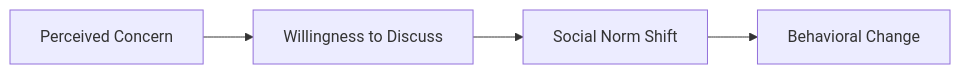
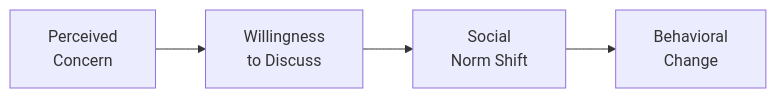
One commit to GM024/CourseSummaries changed the third of 7 diagrams in Communication_Influence/Mastery_Guide_SOW_BS033.md. Above: the diagram before and after it, drawn with Mermaid. The commit also changed other lines of this file, not shown here.

Commit message:
Implement Forced Padding (&nbsp;) in all Mermaid diagrams to prevent overflow

````diff
--- a/Communication_Influence/Mastery_Guide_SOW_BS033.md
+++ b/Communication_Influence/Mastery_Guide_SOW_BS033.md
@@ -90,6 +90,6 @@
 ```mermaid
 graph LR
-    Perception[Perceived Concern] --> Talk[Willingness to Discuss]
-    Talk --> Norm[Social Norm Shift]
-    Norm --> Behavior[Behavioral Change]
+    Perception["&nbsp; Perceived &nbsp;<br/>&nbsp; Concern &nbsp;"] --> Talk["&nbsp; Willingness &nbsp;<br/>&nbsp; to Discuss &nbsp;"]
+    Talk --> Norm["&nbsp; Social &nbsp;<br/>&nbsp; Norm Shift &nbsp;"]
+    Norm --> Behavior["&nbsp; Behavioral &nbsp;<br/>&nbsp; Change &nbsp;"]
 ```
````
